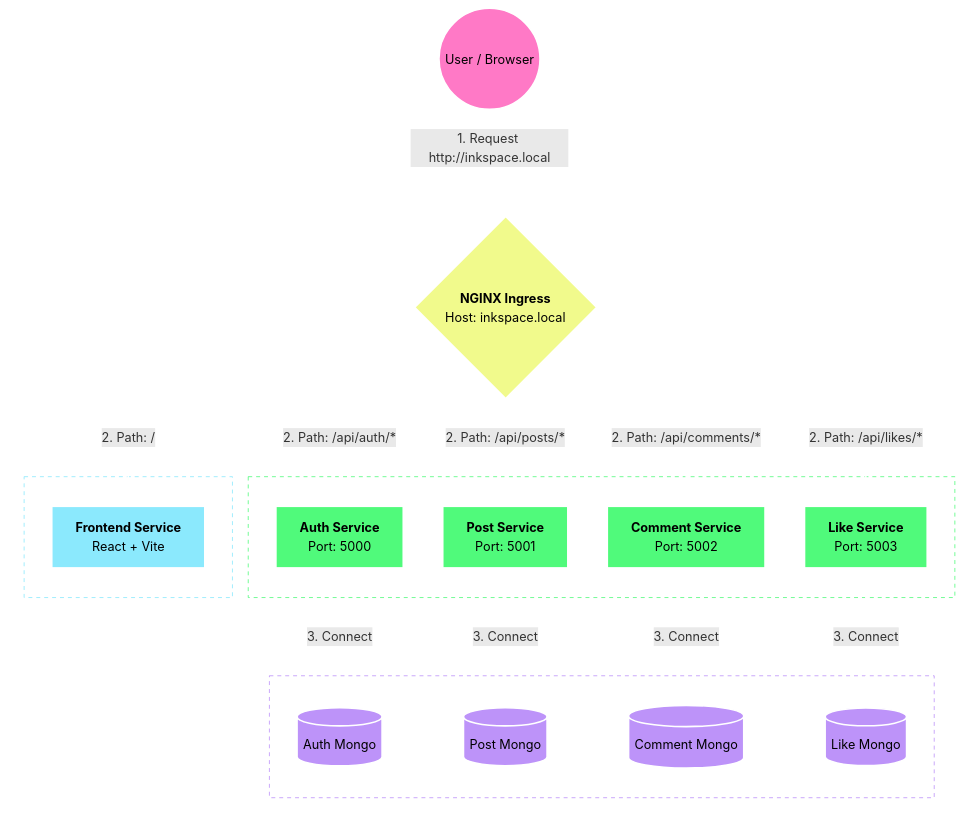
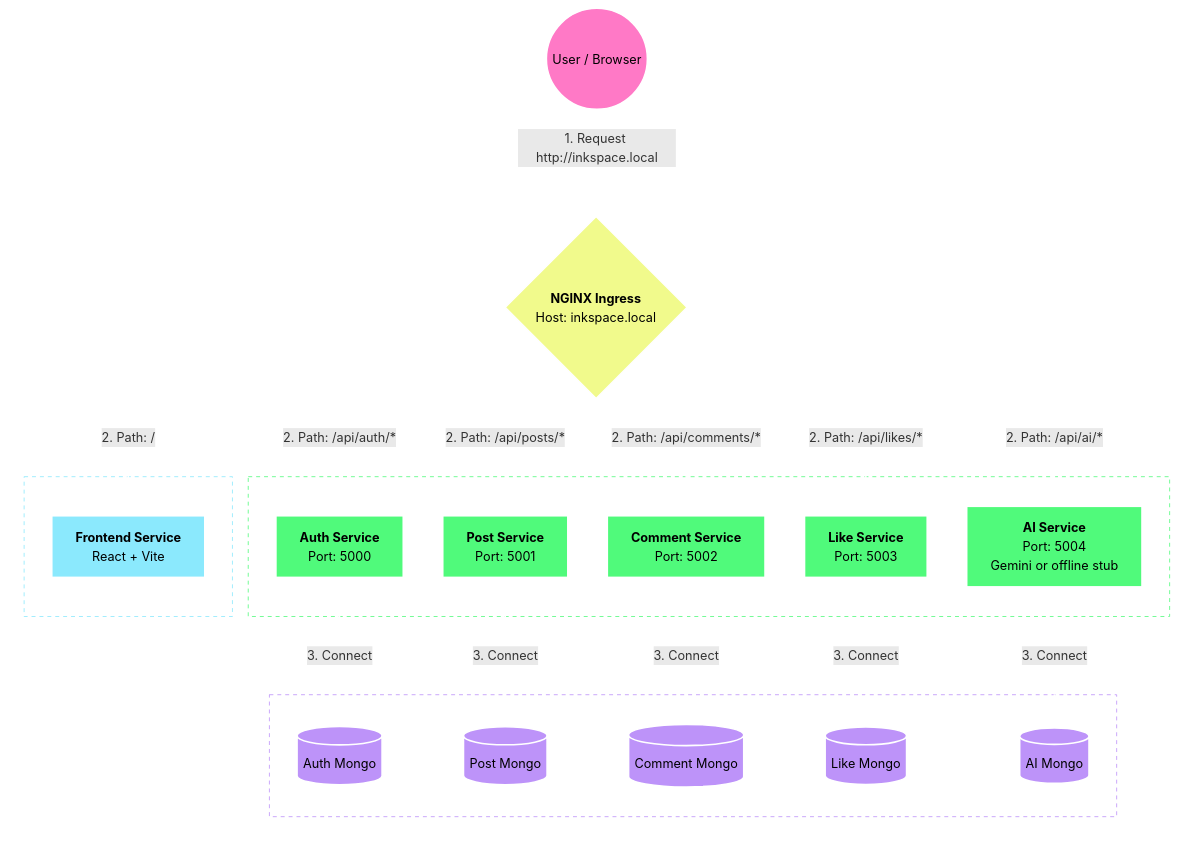
The diagram in README.md (elus444/Inkspace), drawn with Mermaid before and after one commit. The commit also changed other lines of this file and 33 other files, not shown here.

````diff
--- a/README.md
+++ b/README.md
@@ -52,64 +61,68 @@
 ```mermaid
 graph TD
     %% -- HIGH CONTRAST DARK MODE THEME --
     
     %% Styling Definitions
     %% Stroke is set to white (#fff) to pop against black background
     %% Fills are bright neons to ensure black text is readable
     classDef user fill:#ff79c6,stroke:#fff,stroke-width:2px,color:black;
     classDef ingress fill:#f1fa8c,stroke:#fff,stroke-width:2px,color:black;
     classDef frontend fill:#8be9fd,stroke:#fff,stroke-width:2px,color:black;
     classDef backend fill:#50fa7b,stroke:#fff,stroke-width:2px,color:black;
     classDef db fill:#bd93f9,stroke:#fff,stroke-width:2px,shape:cylinder,color:black;
 
     %% Nodes
     User((User / Browser)):::user
     
     subgraph Kubernetes_Cluster [Kubernetes Cluster]
         direction TB
         %% White border for the subgraph
         style Kubernetes_Cluster fill:none,stroke:#fff,stroke-width:2px,color:#fff
         
         Ingress{<b>NGINX Ingress</b><br>Host: inkspace.local}:::ingress
 
         subgraph Frontend_Layer
             style Frontend_Layer fill:none,stroke:#8be9fd,stroke-width:1px,stroke-dasharray: 5 5,color:#fff
             Front[<b>Frontend Service</b><br>React + Vite]:::frontend
         end
 
         subgraph Backend_Layer [Microservices]
             style Backend_Layer fill:none,stroke:#50fa7b,stroke-width:1px,stroke-dasharray: 5 5,color:#fff
             Auth[<b>Auth Service</b><br>Port: 5000]:::backend
             Post[<b>Post Service</b><br>Port: 5001]:::backend
             Comm[<b>Comment Service</b><br>Port: 5002]:::backend
             Like[<b>Like Service</b><br>Port: 5003]:::backend
+            AI[<b>AI Service</b><br>Port: 5004<br>Gemini or offline stub]:::backend
         end
 
         subgraph Database_Layer [Persistent Storage]
             style Database_Layer fill:none,stroke:#bd93f9,stroke-width:1px,stroke-dasharray: 5 5,color:#fff
             AuthDB[(Auth Mongo)]:::db
             PostDB[(Post Mongo)]:::db
             CommDB[(Comment Mongo)]:::db
             LikeDB[(Like Mongo)]:::db
+            AIDB[(AI Mongo)]:::db
         end
     end
 
     %% Routing Flow - Thick arrows for visibility
     User ==>|1. Request http://inkspace.local| Ingress
 
     %% Ingress Rules
     Ingress -->|2. Path: /| Front
     Ingress -->|2. Path: /api/auth/*| Auth
     Ingress -->|2. Path: /api/posts/*| Post
     Ingress -->|2. Path: /api/comments/*| Comm
     Ingress -->|2. Path: /api/likes/*| Like
+    Ingress -->|2. Path: /api/ai/*| AI
 
     %% Database Connections - Dotted white lines
     Auth -.->|3. Connect| AuthDB
     Post -.->|3. Connect| PostDB
     Comm -.->|3. Connect| CommDB
     Like -.->|3. Connect| LikeDB
+    AI -.->|3. Connect| AIDB
     
     %% Force Link Colors to White (Note: varying support in some viewers)
     linkStyle default stroke:#fff,stroke-width:2px;
 ```
````
